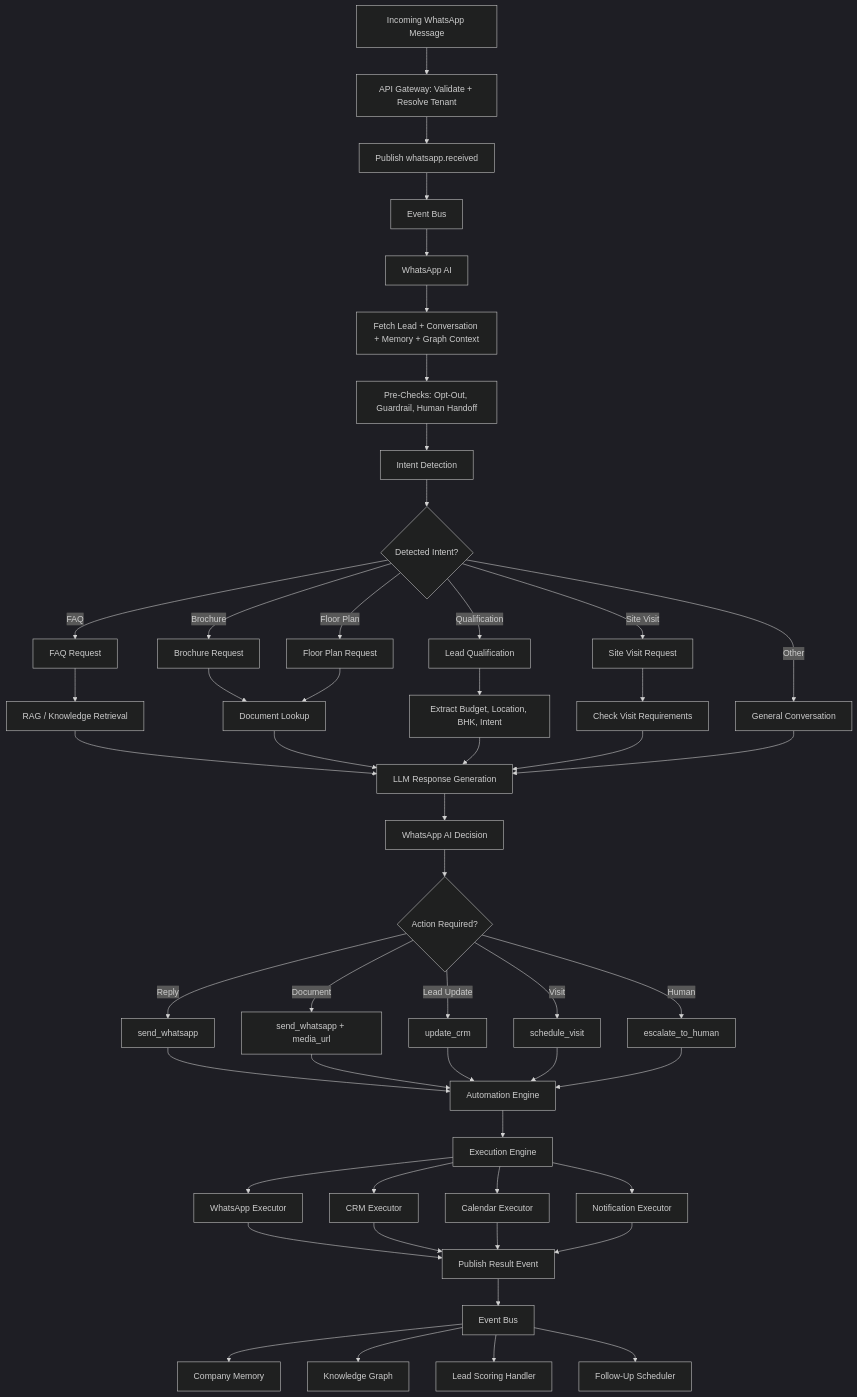
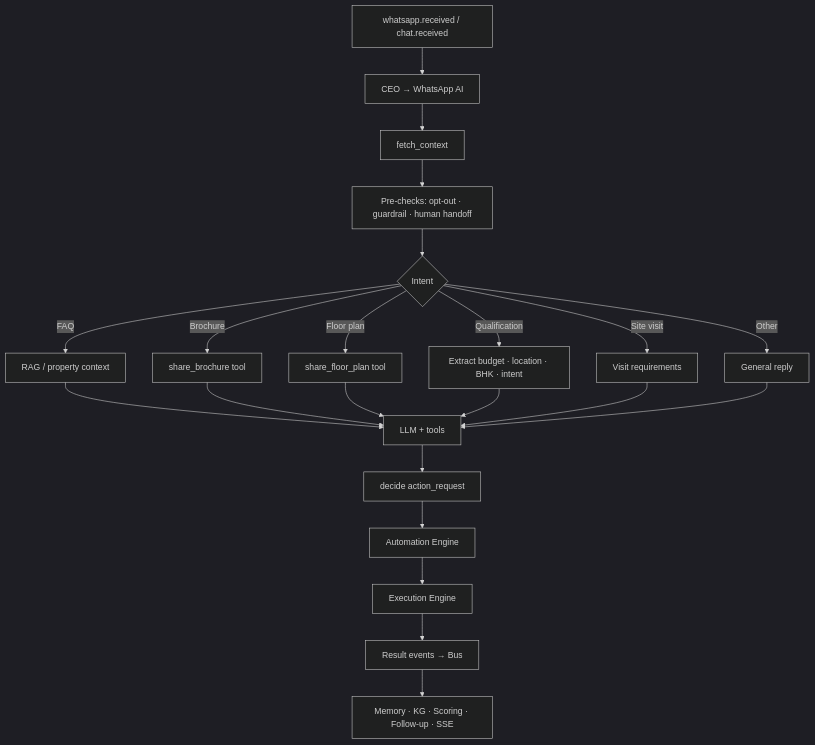
Before and after one commit to imperiondata/real-estate-ai-lead-agent: the first of 8 diagrams in plans/IREIOS_3.0_AI_Automation_Workflows.md, drawn with Mermaid (dark theme). The commit also changed other lines of this file and 2 other files, not shown here.

Commit message:
docs: updated architecture diagrams and implementation plans based on current scope and requirements

````diff
--- a/plans/IREIOS_3.0_AI_Automation_Workflows.md
+++ b/plans/IREIOS_3.0_AI_Automation_Workflows.md
@@ -11,44 +37,19 @@
-``` mermaid
+```mermaid
 flowchart TD
- W1[Incoming WhatsApp Message] --> W2[API Gateway: Validate + Resolve Tenant]
- W2 --> W3[Publish whatsapp.received] --> W4[Event Bus] --> W5[WhatsApp AI]
- W5 --> W6[Fetch Lead + Conversation + Memory + Graph Context]
- W6 --> W7[Pre-Checks: Opt-Out, Guardrail, Human Handoff]
- W7 --> W8[Intent Detection] --> W9{Detected Intent?}
- W9 -->|FAQ| FAQ[FAQ Request] --> RAG[RAG / Knowledge Retrieval]
- W9 -->|Brochure| BRO[Brochure Request] --> DOC[Document Lookup]
- W9 -->|Floor Plan| FP[Floor Plan Request] --> DOC
- W9 -->|Qualification| Q[Lead Qualification] --> EXT[Extract Budget, Location, BHK, Intent]
- W9 -->|Site Visit| SV[Site Visit Request] --> VC[Check Visit Requirements]
- W9 -->|Other| GEN[General Conversation]
- RAG --> LLM[LLM Response Generation]
- DOC --> LLM
- EXT --> LLM
- VC --> LLM
- GEN --> LLM
- LLM --> DEC[WhatsApp AI Decision] --> A{Action Required?}
- A -->|Reply| SEND[send_whatsapp]
- A -->|Document| MEDIA[send_whatsapp + media_url]
- A -->|Lead Update| CRM[update_crm]
- A -->|Visit| VISIT[schedule_visit]
- A -->|Human| ESC[escalate_to_human]
- SEND --> AE[Automation Engine]
- MEDIA --> AE
- CRM --> AE
- VISIT --> AE
- ESC --> AE
- AE --> EE[Execution Engine]
- EE --> WX[WhatsApp Executor]
- EE --> CX[CRM Executor]
- EE --> CAL[Calendar Executor]
- EE --> NX[Notification Executor]
- WX --> RES[Publish Result Event]
- CX --> RES
- CAL --> RES
- NX --> RES
- RES --> EB[Event Bus]
- EB --> MEM[Company Memory]
- EB --> KG[Knowledge Graph]
- EB --> SCORE[Lead Scoring Handler]
- EB --> FU[Follow-Up Scheduler]
+  W1[whatsapp.received / chat.received] --> W2[CEO → WhatsApp AI]
+  W2 --> W3[fetch_context]
+  W3 --> W4[Pre-checks: opt-out · guardrail · human handoff]
+  W4 --> W5{Intent}
+  W5 -->|FAQ| RAG[RAG / property context]
+  W5 -->|Brochure| BRO[share_brochure tool]
+  W5 -->|Floor plan| FP[share_floor_plan tool]
+  W5 -->|Qualification| Q[Extract budget · location · BHK · intent]
+  W5 -->|Site visit| SV[Visit requirements]
+  W5 -->|Other| GEN[General reply]
+  RAG & BRO & FP & Q & SV & GEN --> LLM[LLM + tools]
+  LLM --> DEC[decide action_request]
+  DEC --> AE[Automation Engine]
+  AE --> EE[Execution Engine]
+  EE --> RES[Result events → Bus]
+  RES --> FAN[Memory · KG · Scoring · Follow-up · SSE]
 ```
````
